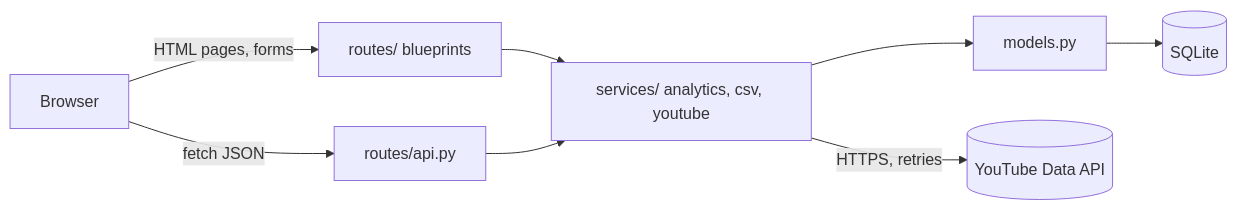
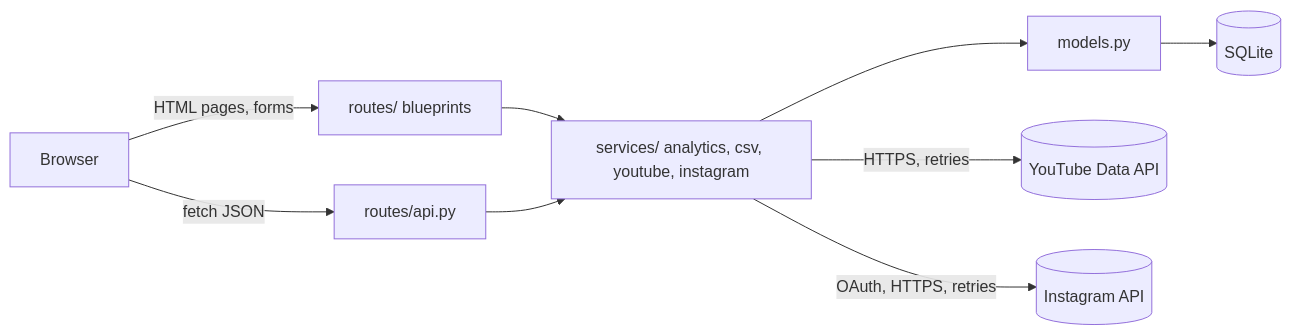
The first of 2 diagrams in docs/ARCHITECTURE.md (DuhShmere/Social-Media-Analytics-Tool), drawn with Mermaid before and after one commit. The commit also changed other lines of this file and 1 other file, not shown here.

First line of the commit message:
Document Instagram setup and architecture

````diff
--- a/docs/ARCHITECTURE.md
+++ b/docs/ARCHITECTURE.md
@@ -7,10 +7,11 @@
 ```mermaid
 flowchart LR
     Browser -->|HTML pages, forms| Routes
     Browser -->|fetch JSON| API[routes/api.py]
     Routes[routes/ blueprints] --> Services
     API --> Services
-    Services[services/ analytics, csv, youtube] --> Models[models.py]
+    Services[services/ analytics, csv, youtube, instagram] --> Models[models.py]
     Services -->|HTTPS, retries| YouTube[(YouTube Data API)]
+    Services -->|OAuth, HTTPS, retries| Instagram[(Instagram API)]
     Models --> DB[(SQLite)]
 ```
````
